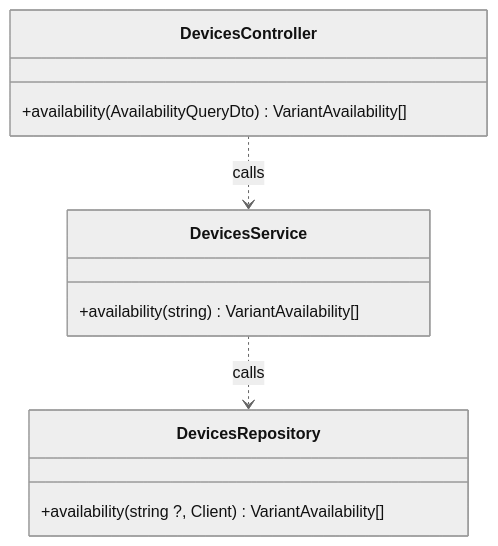
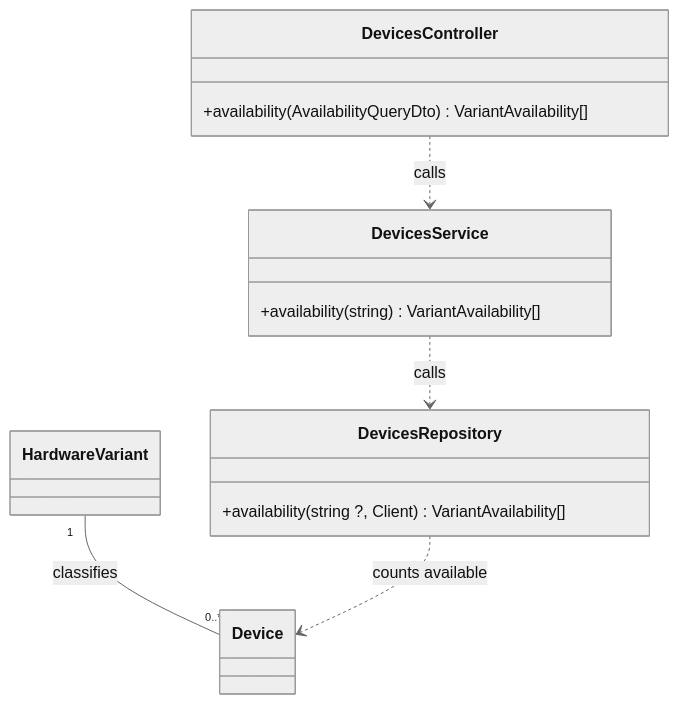
The eighth of 29 diagrams in specs/rentals/design.md (TrekLink-Team/treklink-web), drawn with Mermaid (neutral theme) before and after one commit. The commit also changed other lines of this file and 7 other files, not shown here.

First line of the commit message:
docs: add code-backed UML class relations and split views

````diff
--- a/specs/rentals/design.md
+++ b/specs/rentals/design.md
@@ -472,15 +514,22 @@
 ```mermaid
 classDiagram
     direction TB
     class DevicesController {
         +availability(AvailabilityQueryDto) VariantAvailability[]
     }
     class DevicesService {
         +availability(string) VariantAvailability[]
     }
     class DevicesRepository {
         +availability(string ?, Client) VariantAvailability[]
     }
     DevicesController ..> DevicesService : calls
     DevicesService ..> DevicesRepository : calls
+
+    class HardwareVariant
+    class Device
+    %% backend/prisma/schema.prisma:718; a variant is a type, not a whole that owns device lifetime.
+    HardwareVariant "1" -- "0..*" Device : classifies
+    %% backend/src/modules/devices/devices.repository.ts:185-205; groups available units by variant.
+    DevicesRepository ..> Device : counts available
 ```
````
